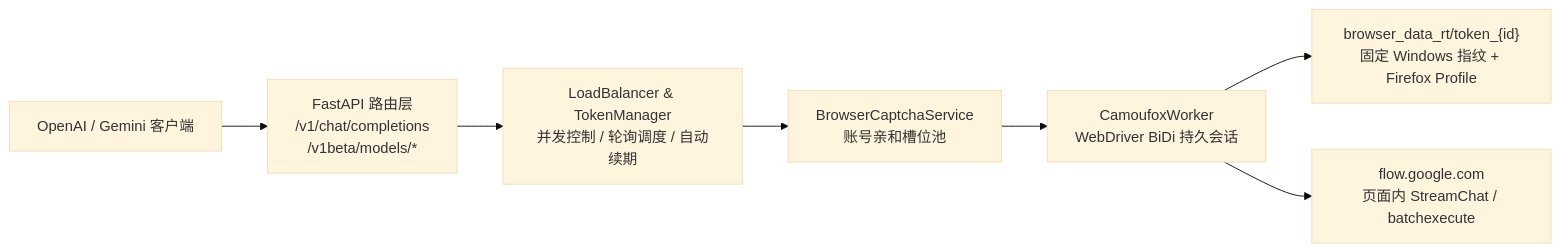
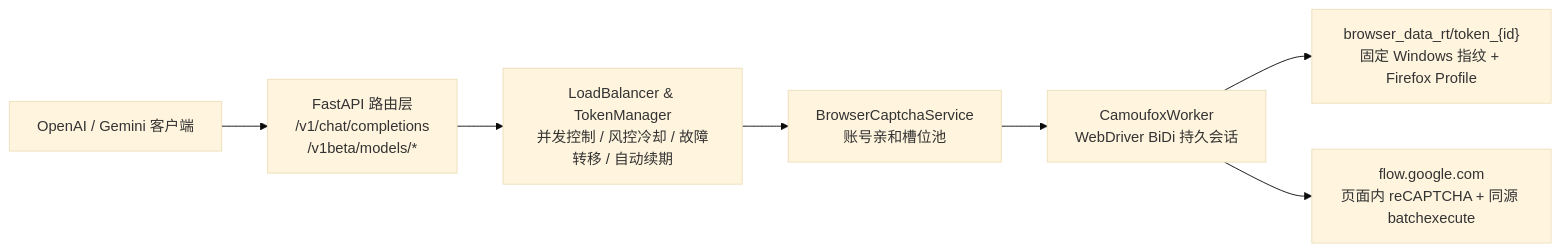
One commit to jianli9158/flow2api-Camoufox changed the diagram in README.md. Above: the diagram before and after it, drawn with Mermaid (base theme). The commit also changed other lines of this file and 11 other files, not shown here.

````diff
--- a/README.md
+++ b/README.md
@@ -30,9 +30,9 @@
 ```mermaid
 flowchart LR
     Client["OpenAI / Gemini 客户端"] --> API["FastAPI 路由层<br/>/v1/chat/completions<br/>/v1beta/models/*"]
-    API --> LB["LoadBalancer & TokenManager<br/>并发控制 / 轮询调度 / 自动续期"]
+    API --> LB["LoadBalancer & TokenManager<br/>并发控制 / 风控冷却 / 故障转移 / 自动续期"]
     LB --> BCS["BrowserCaptchaService<br/>账号亲和槽位池"]
     BCS --> Worker["CamoufoxWorker<br/>WebDriver BiDi 持久会话"]
     Worker --> Profile["browser_data_rt/token_{id}<br/>固定 Windows 指纹 + Firefox Profile"]
-    Worker --> Flow["flow.google.com<br/>页面内 StreamChat / batchexecute"]
+    Worker --> Flow["flow.google.com<br/>页面内 reCAPTCHA + 同源 batchexecute"]
 ```
````
